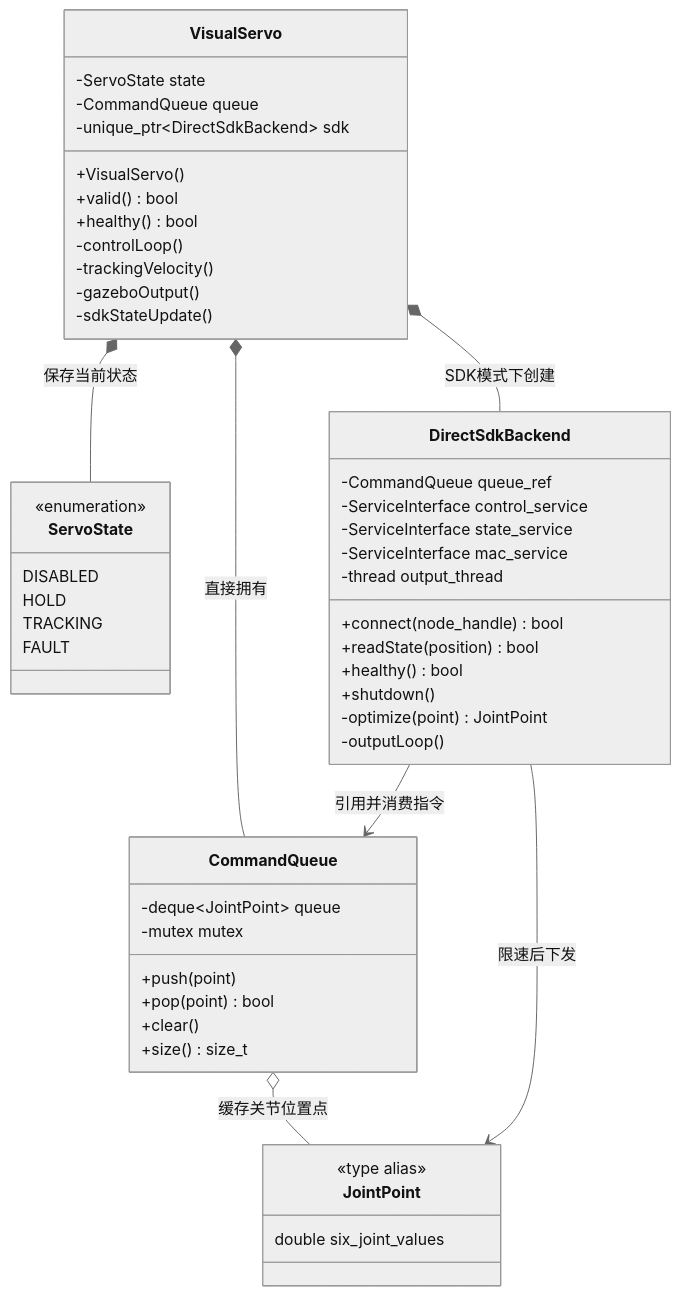
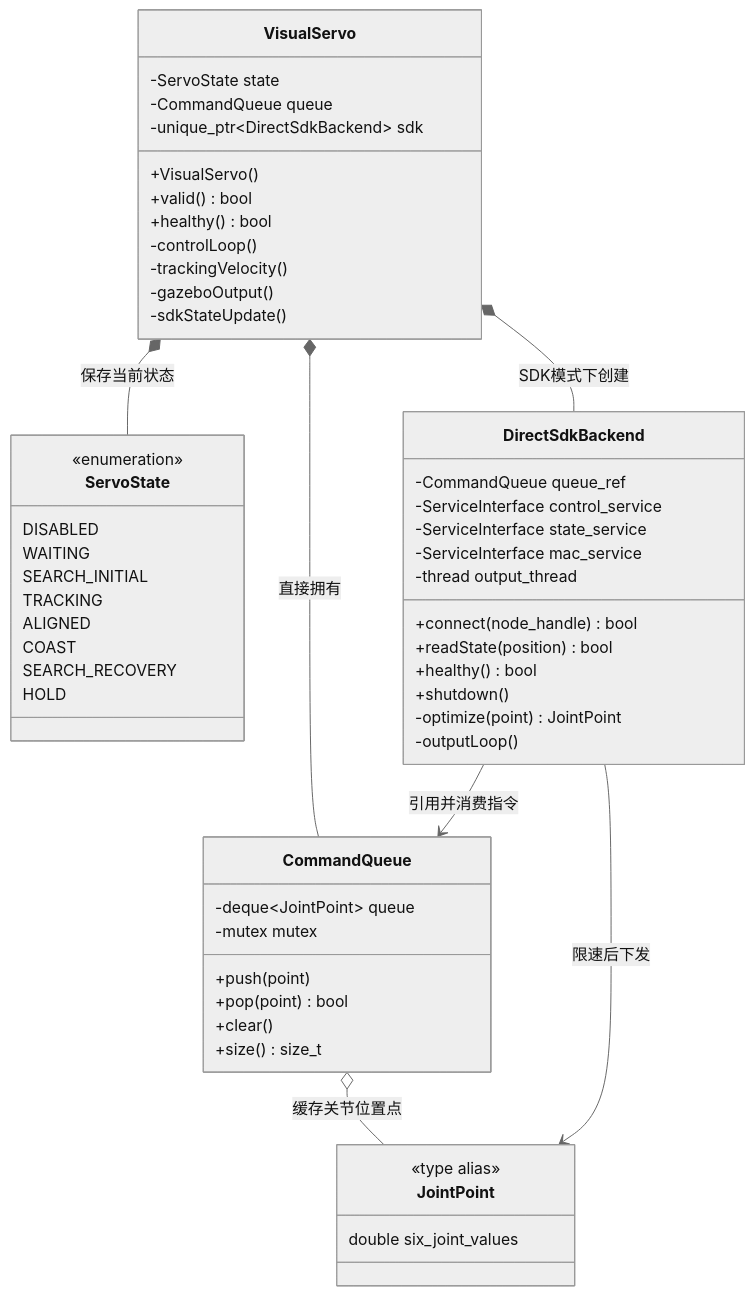
The first of 2 diagrams in aubo/aubo_ros_control/README.md (2799063570/ros-mobile-manipulation-lab), drawn with Mermaid (neutral theme) before and after one commit. The commit also changed other lines of this file and 20 other files, not shown here.

````diff
--- a/aubo/aubo_ros_control/README.md
+++ b/aubo/aubo_ros_control/README.md
@@ -21,58 +21,62 @@
 ```mermaid
 classDiagram
     class VisualServo {
         -ServoState state
         -CommandQueue queue
         -unique_ptr~DirectSdkBackend~ sdk
         +VisualServo()
         +valid() bool
         +healthy() bool
         -controlLoop()
         -trackingVelocity()
         -gazeboOutput()
         -sdkStateUpdate()
     }
 
     class ServoState {
         <<enumeration>>
         DISABLED
+        WAITING
+        SEARCH_INITIAL
+        TRACKING
+        ALIGNED
+        COAST
+        SEARCH_RECOVERY
         HOLD
-        TRACKING
-        FAULT
     }
 
     class CommandQueue {
         -deque~JointPoint~ queue
         -mutex mutex
         +push(point)
         +pop(point) bool
         +clear()
         +size() size_t
     }
 
     class DirectSdkBackend {
         -CommandQueue queue_ref
         -ServiceInterface control_service
         -ServiceInterface state_service
         -ServiceInterface mac_service
         -thread output_thread
         +connect(node_handle) bool
         +readState(position) bool
         +healthy() bool
         +shutdown()
         -optimize(point) JointPoint
         -outputLoop()
     }
 
     class JointPoint {
         <<type alias>>
         double six_joint_values
     }
 
     VisualServo *-- ServoState : 保存当前状态
     VisualServo *-- CommandQueue : 直接拥有
     VisualServo *-- DirectSdkBackend : SDK模式下创建
     CommandQueue o-- JointPoint : 缓存关节位置点
     DirectSdkBackend --> CommandQueue : 引用并消费指令
     DirectSdkBackend --> JointPoint : 限速后下发
 ```
````
